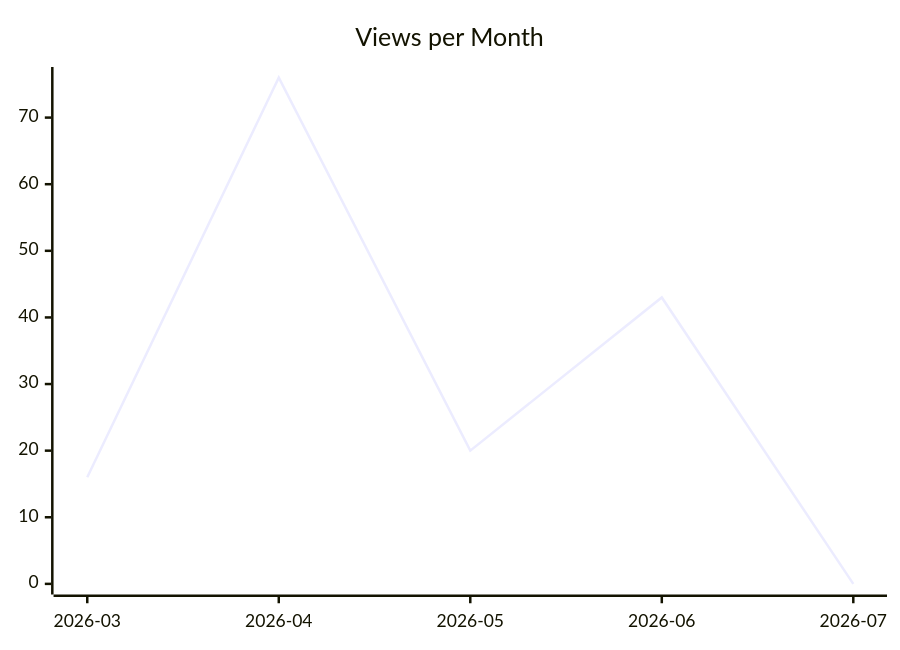
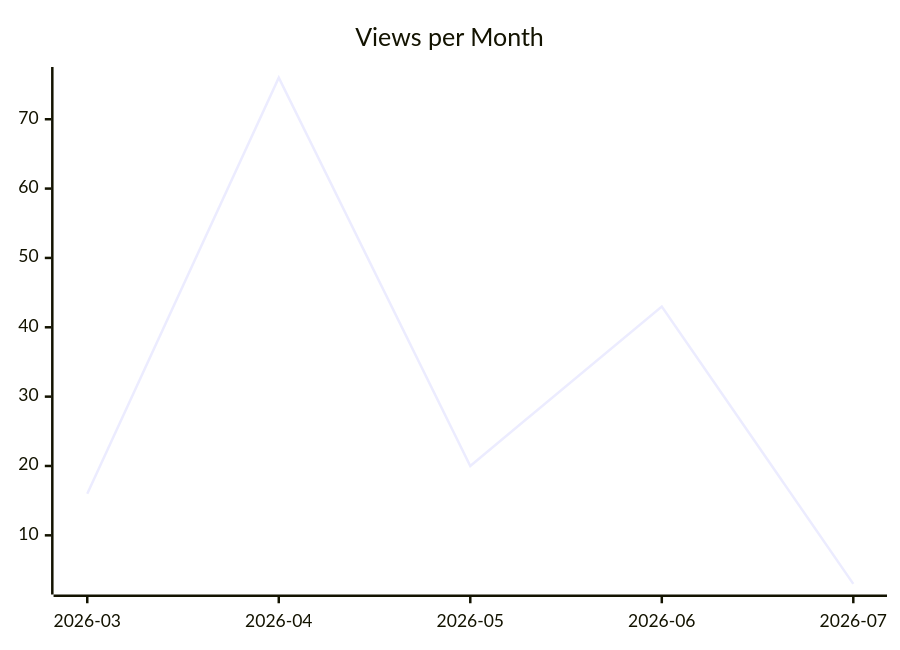
The second of 3 diagrams in karlmdavis/ksoap2-android/README.md (justdavis-family/github-analytics-data), drawn with Mermaid before and after one commit. The commit also changed other lines of this file and 185 other files, not shown here.

````diff
--- a/karlmdavis/ksoap2-android/README.md
+++ b/karlmdavis/ksoap2-android/README.md
@@ -12,6 +12,6 @@
 ```mermaid
 xychart-beta
   title "Views per Month"
   x-axis ["2026-03", "2026-04", "2026-05", "2026-06", "2026-07"]
-  line [16, 76, 20, 43, 0]
+  line [16, 76, 20, 43, 3]
 ```
````
